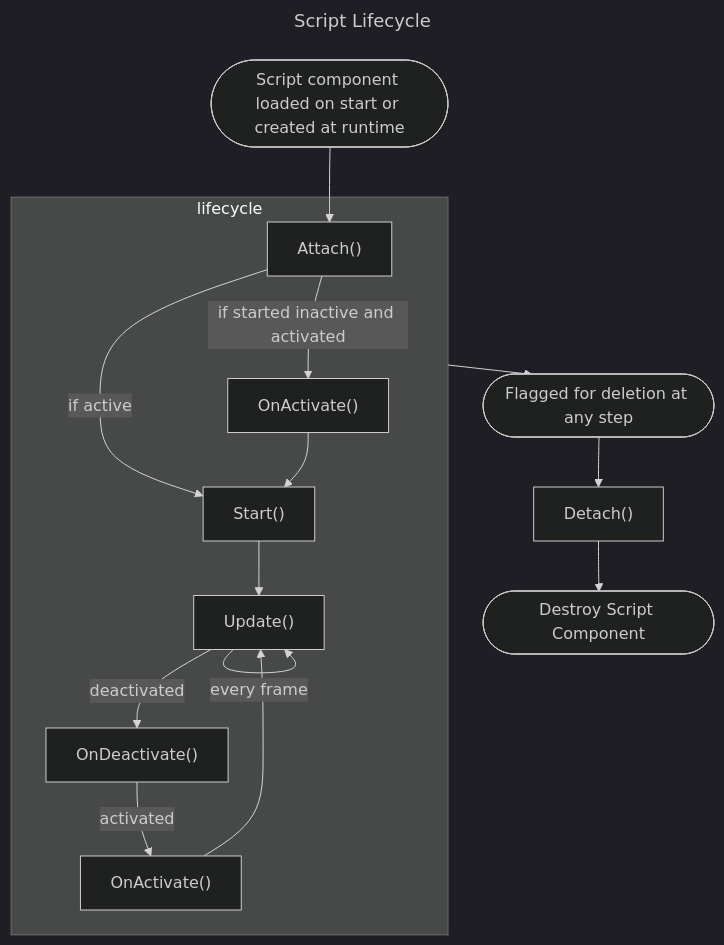
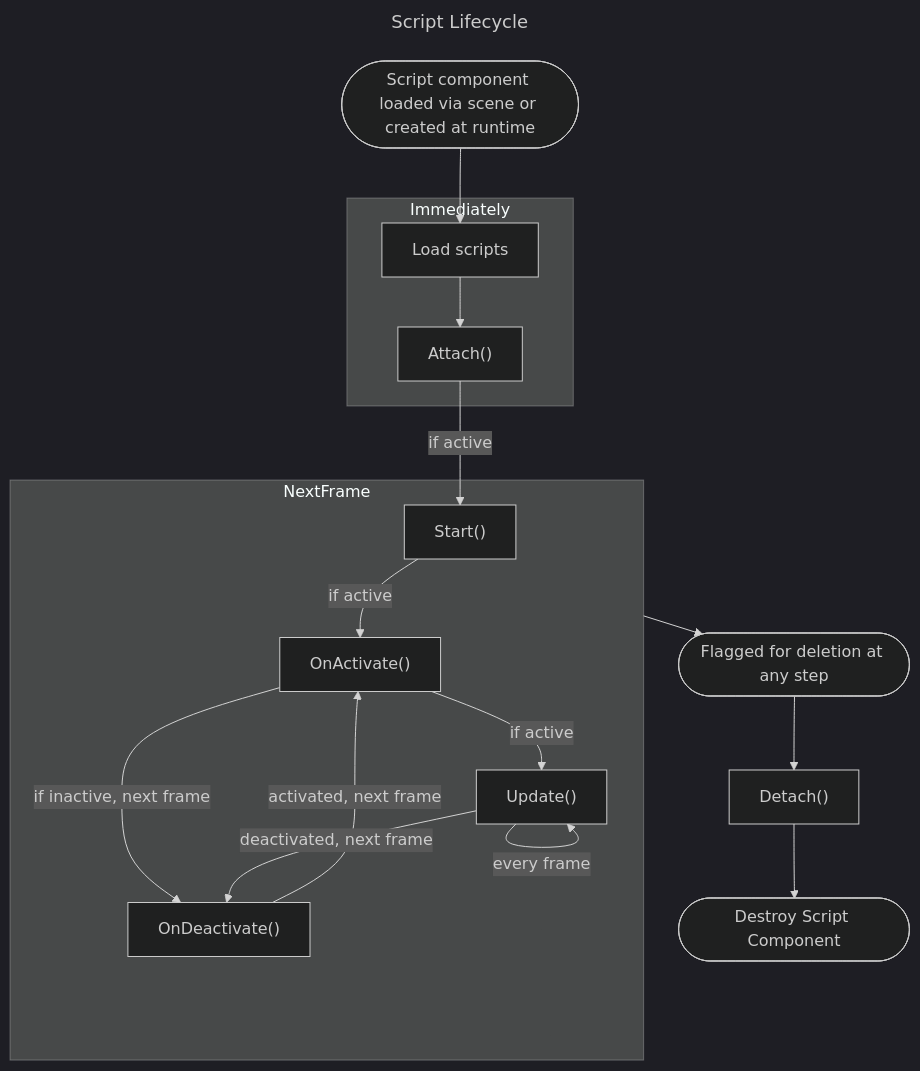
One commit to Tukyo/atomontage-docs changed the diagram in docs/api/scriptInstance.mdx. Above: the diagram before and after it, drawn with Mermaid (dark theme). The commit also changed other lines of this file and 5 other files, not shown here.

````diff
--- a/docs/api/scriptInstance.mdx
+++ b/docs/api/scriptInstance.mdx
@@ -39,27 +47,31 @@
 ```mermaid
 ---
 title: Script Lifecycle
 ---
 graph TD;
-    C([Script component loaded on start or created at runtime])-->A
+    C([Script component loaded via scene or created at runtime])-->L
     
-subgraph lifecycle
+subgraph Immediately
+    L["Load scripts"]-->A;
+end
+subgraph NextFrame
+
     A["Attach()"]-- if active -->S;
-    A["Attach()"]-- if started inactive and activated -->OA2;
-    S["Start()"]-->U;
+    S["Start()"]-- if active -->OA;
 
-    OA2["OnActivate()"]-->S;
+    OA["OnActivate()"]-- if active -->U;
+    OA["OnActivate()"]-- if inactive, next frame -->OD;
 
-    OA["OnActivate()"]-->U;
 
     U["Update()"]--every frame-->U;
-    U["Update()"]--deactivated-->OD;
+    U["Update()"]--deactivated, next frame-->OD;
 
-    OD["OnDeactivate()"]--activated-->OA;
+    OD["OnDeactivate()"]--activated, next frame-->OA;
 end
 
-    lifecycle-->DEL;
+    NextFrame -->DEL;
+
     DEL([Flagged for deletion at any step])-->D
 
     D["Detach()"] --> *([Destroy Script Component]);
 ```
````
